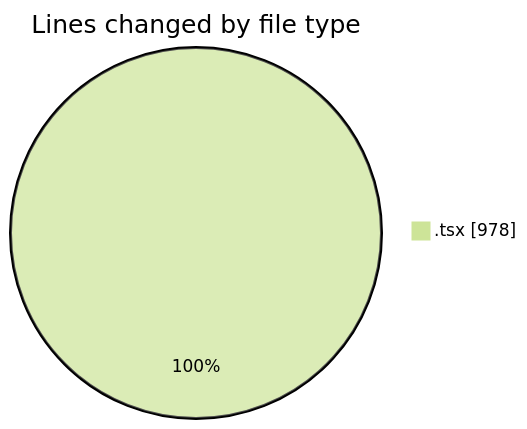
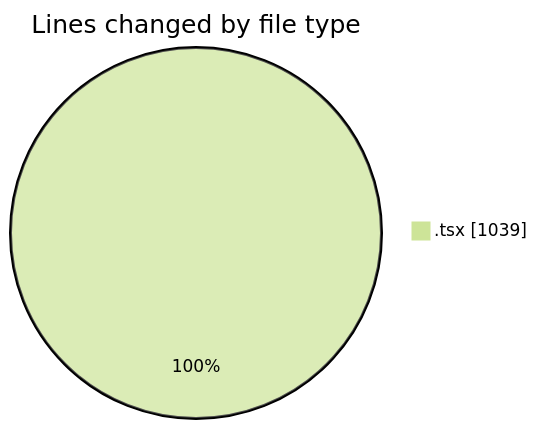
One commit to nxtqubesakshisongat/code-tracking changed the first of 2 diagrams in 2026-07-06/nxtqube_webapp/README.md. Above: the diagram before and after it, drawn with Mermaid (forest theme). The commit also changed other lines of this file and 1 other file, not shown here.

````diff
--- a/2026-07-06/nxtqube_webapp/README.md
+++ b/2026-07-06/nxtqube_webapp/README.md
@@ -22,5 +22,5 @@
 ```mermaid
 pie showData
 title Lines changed by file type
-".tsx" : 978
+".tsx" : 1039
 ```
````
